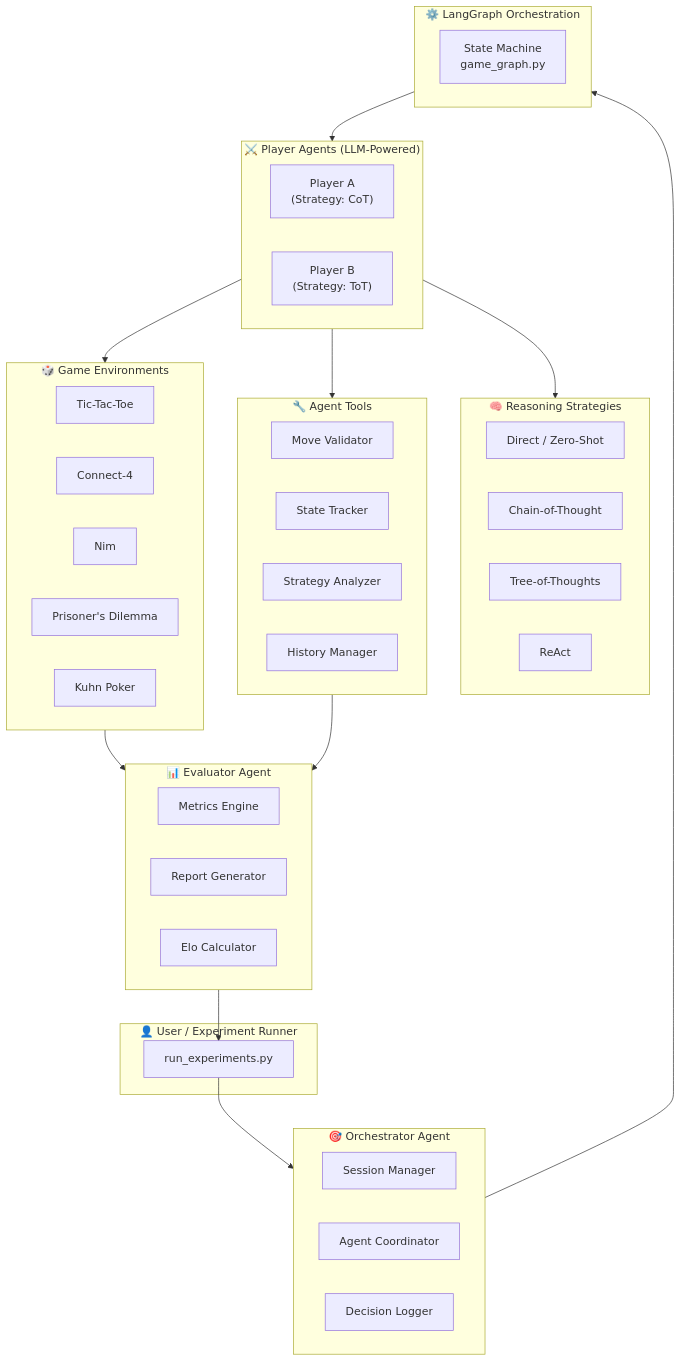
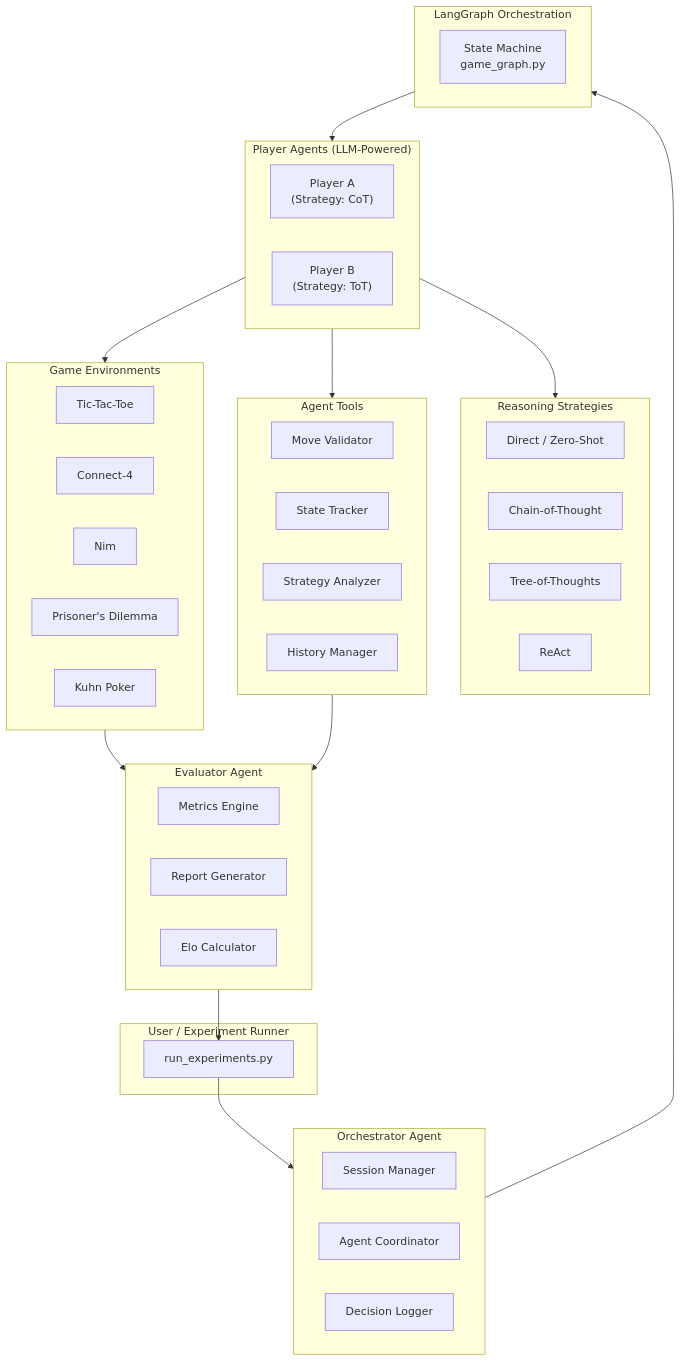
Before and after one commit to Aqsa-Fayaz/Agentic-gtbench: the first of 2 diagrams in README.md, drawn with Mermaid. The commit also changed other lines of this file, not shown here.

````diff
--- a/README.md
+++ b/README.md
@@ -78,59 +68,59 @@
 ```mermaid
 graph TB
-    subgraph USER["👤 User / Experiment Runner"]
+    subgraph USER["User / Experiment Runner"]
         EXP[run_experiments.py]
     end
 
-    subgraph ORCH["🎯 Orchestrator Agent"]
+    subgraph ORCH["Orchestrator Agent"]
         OM[Session Manager]
         OC[Agent Coordinator]
         OL[Decision Logger]
     end
 
-    subgraph PLAYERS["⚔️ Player Agents (LLM-Powered)"]
+    subgraph PLAYERS["Player Agents (LLM-Powered)"]
         PA1["Player A\n(Strategy: CoT)"]
         PA2["Player B\n(Strategy: ToT)"]
     end
 
-    subgraph STRATEGIES["🧠 Reasoning Strategies"]
+    subgraph STRATEGIES["Reasoning Strategies"]
         S1[Direct / Zero-Shot]
         S2[Chain-of-Thought]
         S3[Tree-of-Thoughts]
         S4[ReAct]
     end
 
-    subgraph GAMES["🎲 Game Environments"]
+    subgraph GAMES["Game Environments"]
         G1[Tic-Tac-Toe]
         G2[Connect-4]
         G3[Nim]
         G4[Prisoner's Dilemma]
         G5[Kuhn Poker]
     end
 
-    subgraph TOOLS["🔧 Agent Tools"]
+    subgraph TOOLS["Agent Tools"]
         T1[Move Validator]
         T2[State Tracker]
         T3[Strategy Analyzer]
         T4[History Manager]
     end
 
-    subgraph EVAL["📊 Evaluator Agent"]
+    subgraph EVAL["Evaluator Agent"]
         E1[Metrics Engine]
         E2[Report Generator]
         E3[Elo Calculator]
     end
 
-    subgraph LANGGRAPH["⚙️ LangGraph Orchestration"]
+    subgraph LANGGRAPH["LangGraph Orchestration"]
         LG[State Machine\ngame_graph.py]
     end
 
     EXP --> ORCH
     ORCH --> LANGGRAPH
     LANGGRAPH --> PLAYERS
     PLAYERS --> STRATEGIES
     PLAYERS --> GAMES
     PLAYERS --> TOOLS
     GAMES --> EVAL
     TOOLS --> EVAL
     EVAL --> EXP
 ```
````
